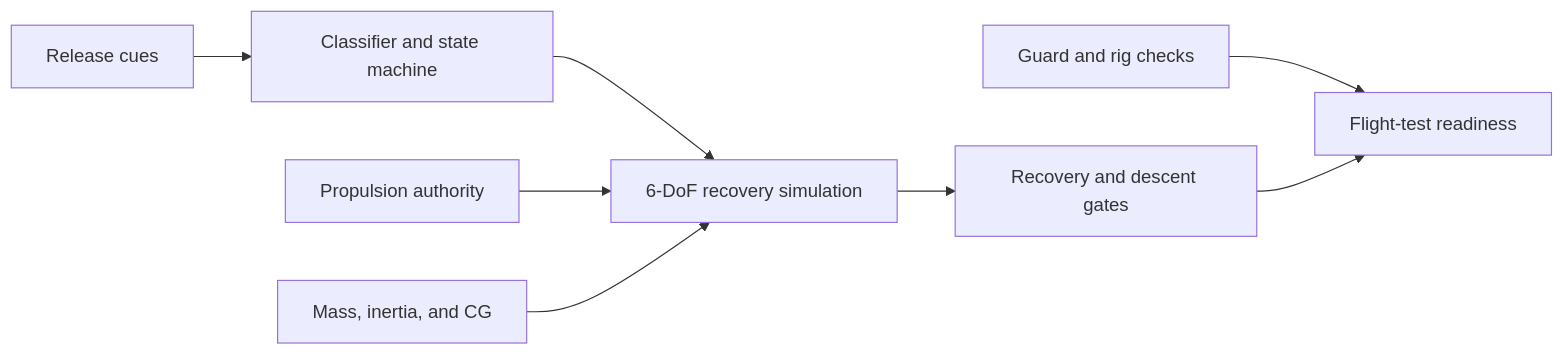
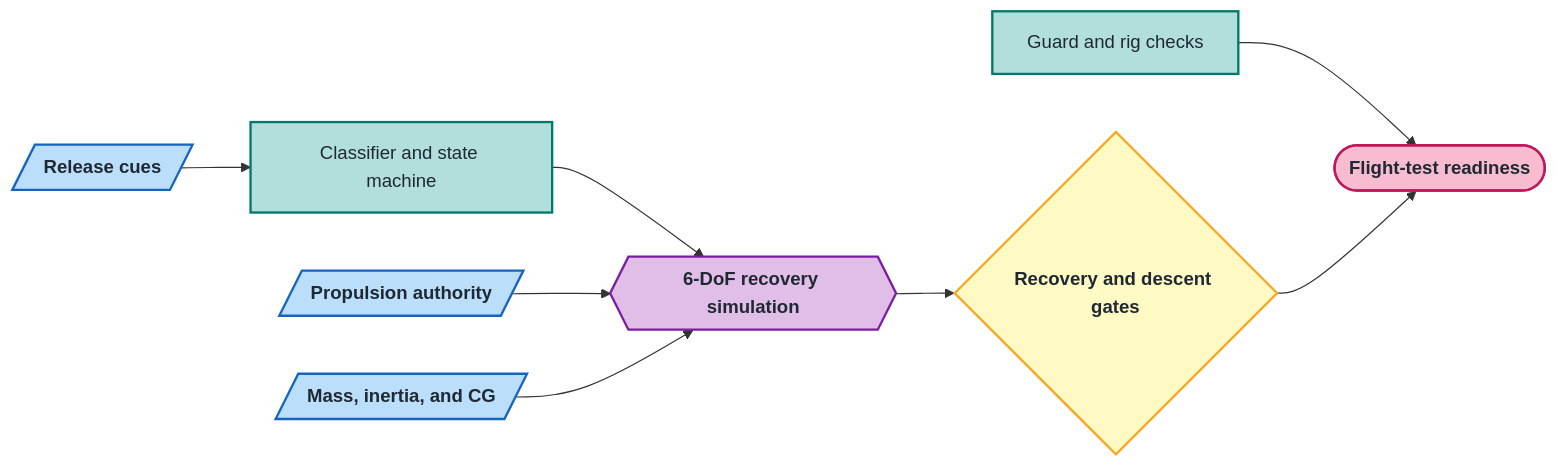
One commit to 500ft/SelfStabilizingDrone changed the diagram in README.md. Above: the diagram before and after it, drawn with Mermaid. The commit also changed other lines of this file, not shown here.

Commit message:
docs: re-encode method diagram in the repo-standard visual language
Role-encoded mermaid (shape carries the role, color reinforces it):
parallelogram = input, rectangle = process, hexagon = core method,
diamond = gate, rounded = result, pill = endpoint. Same flow content.

````diff
--- a/README.md
+++ b/README.md
@@ -26,10 +26,16 @@
 ```mermaid
 flowchart LR
-    I[Release cues] --> C[Classifier and state machine]
-    C --> R[6-DoF recovery simulation]
-    P[Propulsion authority] --> R
-    M[Mass, inertia, and CG] --> R
-    R --> G[Recovery and descent gates]
-    S[Guard and rig checks] --> F[Flight-test readiness]
+    classDef input    fill:#bbdefb,stroke:#1565c0,stroke-width:2px,color:#1f2933,font-weight:bold;
+    classDef process  fill:#b2dfdb,stroke:#00796b,stroke-width:2px,color:#1f2933;
+    classDef core     fill:#e1bee7,stroke:#7b1fa2,stroke-width:2px,color:#1f2933,font-weight:bold;
+    classDef decision fill:#fff9c4,stroke:#f9a825,stroke-width:2px,color:#1f2933,font-weight:bold;
+    classDef endpoint fill:#f8bbd0,stroke:#c2185b,stroke-width:2px,color:#1f2933,font-weight:bold;
+
+    I[/Release cues/]:::input --> C[Classifier and state machine]:::process
+    C --> R{{6-DoF recovery simulation}}:::core
+    P[/Propulsion authority/]:::input --> R
+    M[/Mass, inertia, and CG/]:::input --> R
+    R --> G{Recovery and descent gates}:::decision
+    S[Guard and rig checks]:::process --> F([Flight-test readiness]):::endpoint
     G --> F
 ```
````
